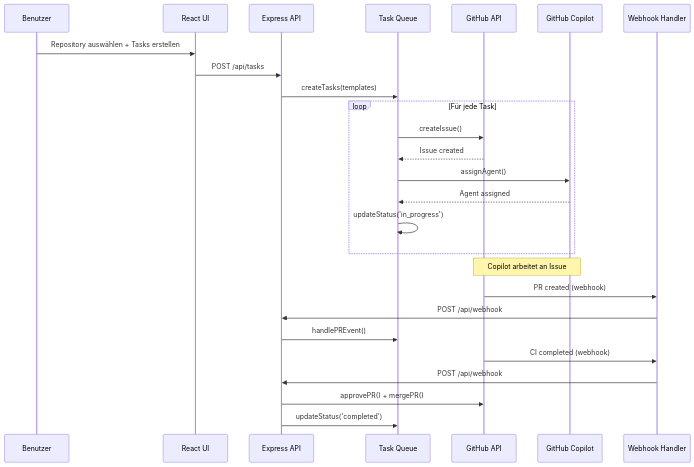
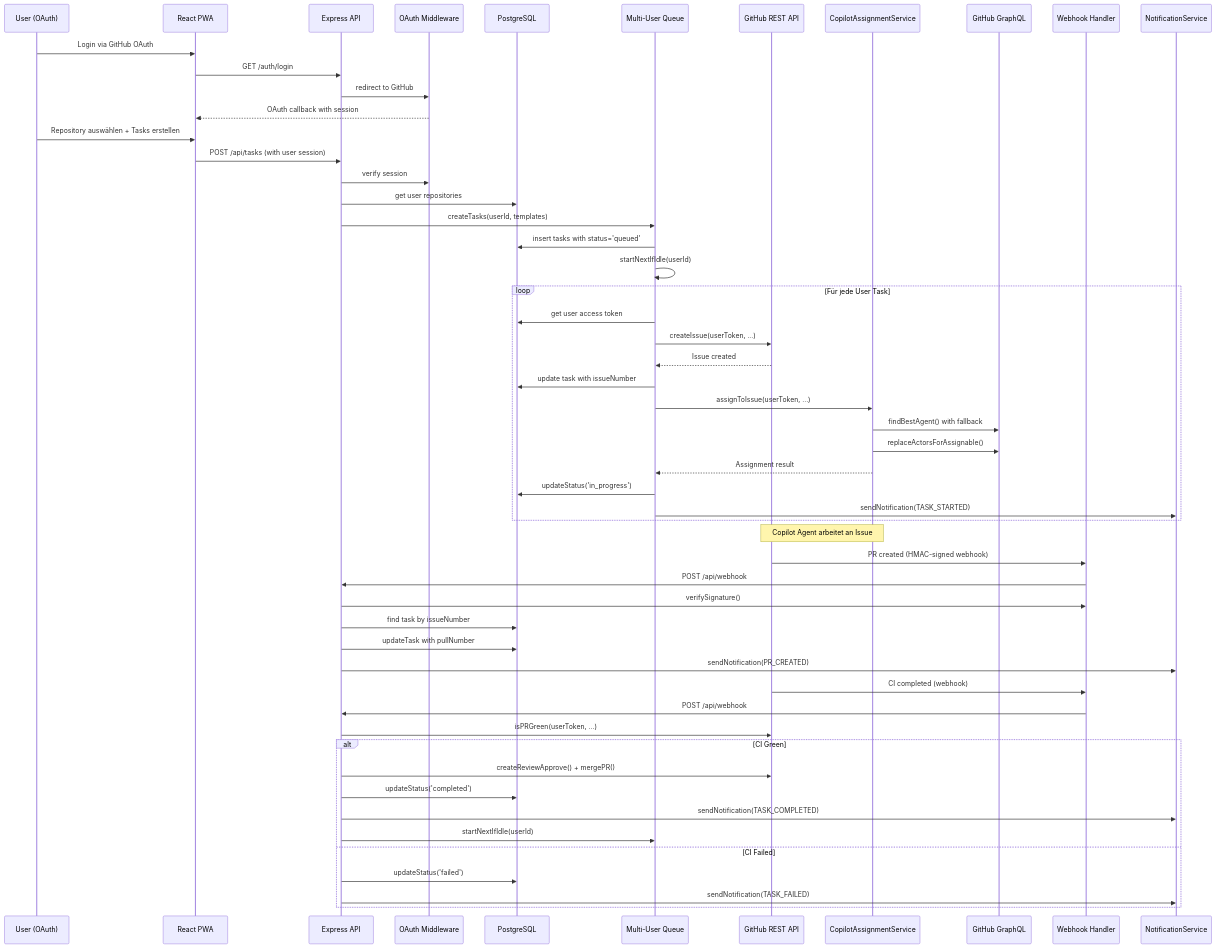
One commit to merlinbecker/githubHausmeister changed the seventh of 13 diagrams in documentation/arc42.md. Above: the diagram before and after it, drawn with Mermaid. The commit also changed other lines of this file, not shown here.

Commit message:
Update arc42: Building blocks, interfaces, sequence diagrams, and task templates with current implementation

````diff
--- a/documentation/arc42.md
+++ b/documentation/arc42.md
@@ -937,33 +991,63 @@
 ```mermaid
 sequenceDiagram
-    participant User as Benutzer
-    participant UI as React UI
+    participant User as User (OAuth)
+    participant UI as React PWA
     participant API as Express API
-    participant Queue as Task Queue
-    participant GitHub as GitHub API
-    participant Copilot as GitHub Copilot
+    participant Auth as OAuth Middleware
+    participant DB as PostgreSQL
+    participant Queue as Multi-User Queue
+    participant GitHub as GitHub REST API
+    participant Copilot as CopilotAssignmentService
+    participant GraphQL as GitHub GraphQL
     participant Webhook as Webhook Handler
+    participant Push as NotificationService
 
+    User->>UI: Login via GitHub OAuth
+    UI->>API: GET /auth/login
+    API->>Auth: redirect to GitHub
+    Auth-->>UI: OAuth callback with session
+    
     User->>UI: Repository auswählen + Tasks erstellen
-    UI->>API: POST /api/tasks
-    API->>Queue: createTasks(templates)
-
-    loop Für jede Task
-        Queue->>GitHub: createIssue()
+    UI->>API: POST /api/tasks (with user session)
+    API->>Auth: verify session
+    API->>DB: get user repositories
+    API->>Queue: createTasks(userId, templates)
+    
+    Queue->>DB: insert tasks with status='queued'
+    Queue->>Queue: startNextIfIdle(userId)
+    
+    loop Für jede User Task
+        Queue->>DB: get user access token
+        Queue->>GitHub: createIssue(userToken, ...)
         GitHub-->>Queue: Issue created
-        Queue->>Copilot: assignAgent()
-        Copilot-->>Queue: Agent assigned
-        Queue->>Queue: updateStatus('in_progress')
+        Queue->>DB: update task with issueNumber
+        Queue->>Copilot: assignToIssue(userToken, ...)
+        Copilot->>GraphQL: findBestAgent() with fallback
+        Copilot->>GraphQL: replaceActorsForAssignable()
+        Copilot-->>Queue: Assignment result
+        Queue->>DB: updateStatus('in_progress')
+        Queue->>Push: sendNotification(TASK_STARTED)
     end
 
-    Note over GitHub,Copilot: Copilot arbeitet an Issue
+    Note over GitHub,Copilot: Copilot Agent arbeitet an Issue
 
-    GitHub->>Webhook: PR created (webhook)
+    GitHub->>Webhook: PR created (HMAC-signed webhook)
     Webhook->>API: POST /api/webhook
-    API->>Queue: handlePREvent()
+    API->>Webhook: verifySignature()
+    API->>DB: find task by issueNumber
+    API->>DB: updateTask with pullNumber
+    API->>Push: sendNotification(PR_CREATED)
 
     GitHub->>Webhook: CI completed (webhook)
     Webhook->>API: POST /api/webhook
-    API->>GitHub: approvePR() + mergePR()
-    API->>Queue: updateStatus('completed')
+    API->>GitHub: isPRGreen(userToken, ...)
+    alt CI Green
+        API->>GitHub: createReviewApprove() + mergePR()
+        API->>DB: updateStatus('completed')
+        API->>Push: sendNotification(TASK_COMPLETED)
+        API->>Queue: startNextIfIdle(userId)
+    else CI Failed
+        API->>DB: updateStatus('failed')
+        API->>Push: sendNotification(TASK_FAILED)
+    end
 ```
````
